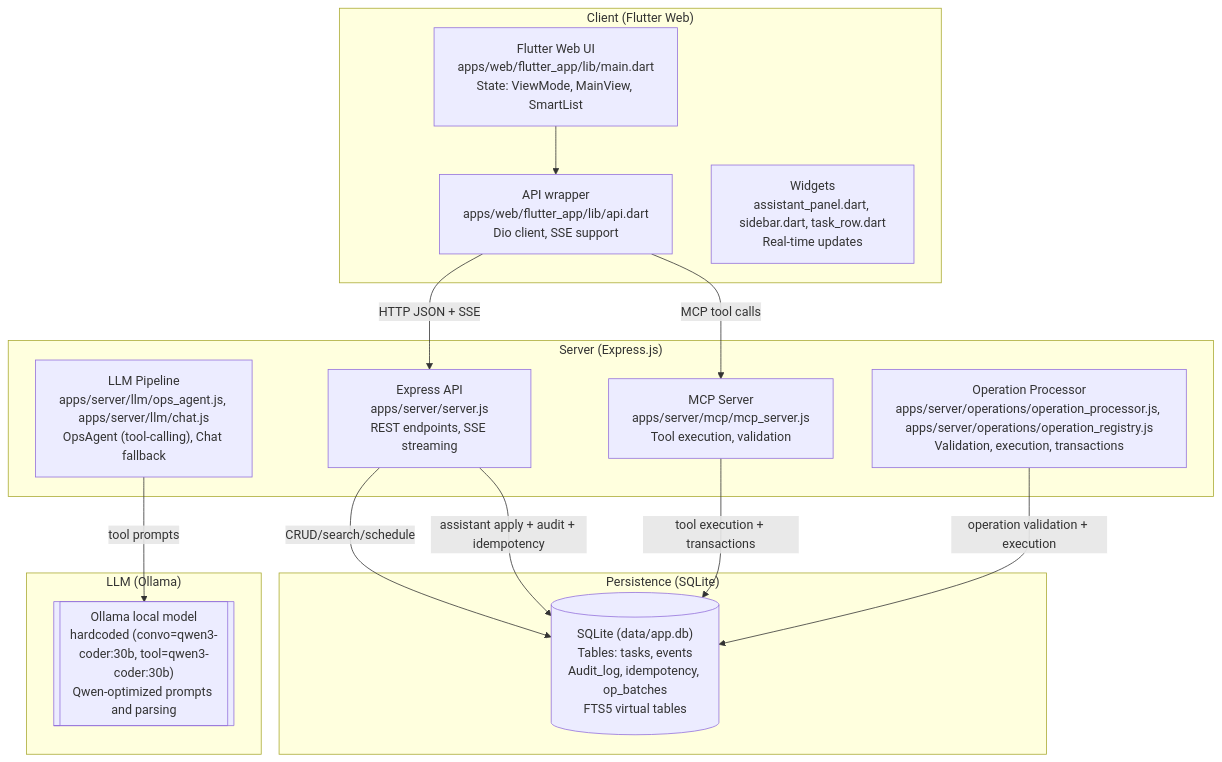
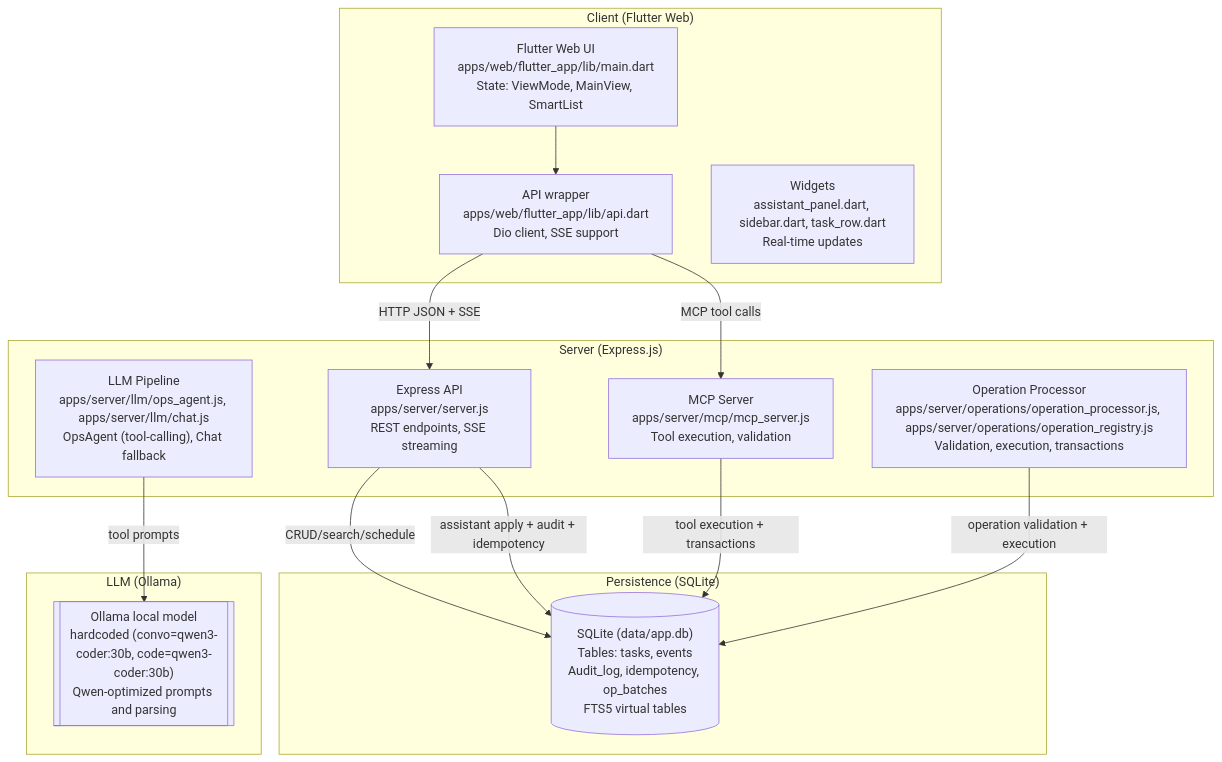
Before and after one commit to dantheman454/habit_app: the first of 2 diagrams in docs/mindmap/README.md, drawn with Mermaid. The commit also changed other lines of this file and 26 other files, not shown here.

````diff
--- a/docs/mindmap/README.md
+++ b/docs/mindmap/README.md
@@ -7,29 +7,29 @@
 ```mermaid
 graph TD
   subgraph "Client (Flutter Web)"
     A["Flutter Web UI\napps/web/flutter_app/lib/main.dart\nState: ViewMode, MainView, SmartList"]
     A2["API wrapper\napps/web/flutter_app/lib/api.dart\nDio client, SSE support"]
     A3["Widgets\nassistant_panel.dart, sidebar.dart, task_row.dart\nReal-time updates"]
   end
   subgraph "Server (Express.js)"
     B["Express API\napps/server/server.js\nREST endpoints, SSE streaming"]
     B2["MCP Server\napps/server/mcp/mcp_server.js\nTool execution, validation"]
     B3["LLM Pipeline\napps/server/llm/ops_agent.js, apps/server/llm/chat.js\nOpsAgent (tool-calling), Chat fallback"]
     B4["Operation Processor\napps/server/operations/operation_processor.js, apps/server/operations/operation_registry.js\nValidation, execution, transactions"]
   end
   subgraph "Persistence (SQLite)"
     P[("SQLite (data/app.db)\nTables: tasks, events\nAudit_log, idempotency, op_batches\nFTS5 virtual tables")]
   end
   subgraph "LLM (Ollama)"
-    F[["Ollama local model\nhardcoded (convo=qwen3-coder:30b, tool=qwen3-coder:30b)\nQwen-optimized prompts and parsing"]]
+    F[["Ollama local model\nhardcoded (convo=qwen3-coder:30b, code=qwen3-coder:30b)\nQwen-optimized prompts and parsing"]]
   end
 
   A --> A2
   A2 -->|"HTTP JSON + SSE"| B
   A2 -->|"MCP tool calls"| B2
   B -->|"CRUD/search/schedule"| P
   B -->|"assistant apply + audit + idempotency"| P
   B3 -->|"tool prompts"| F
   B2 -->|"tool execution + transactions"| P
   B4 -->|"operation validation + execution"| P
 ```
````
